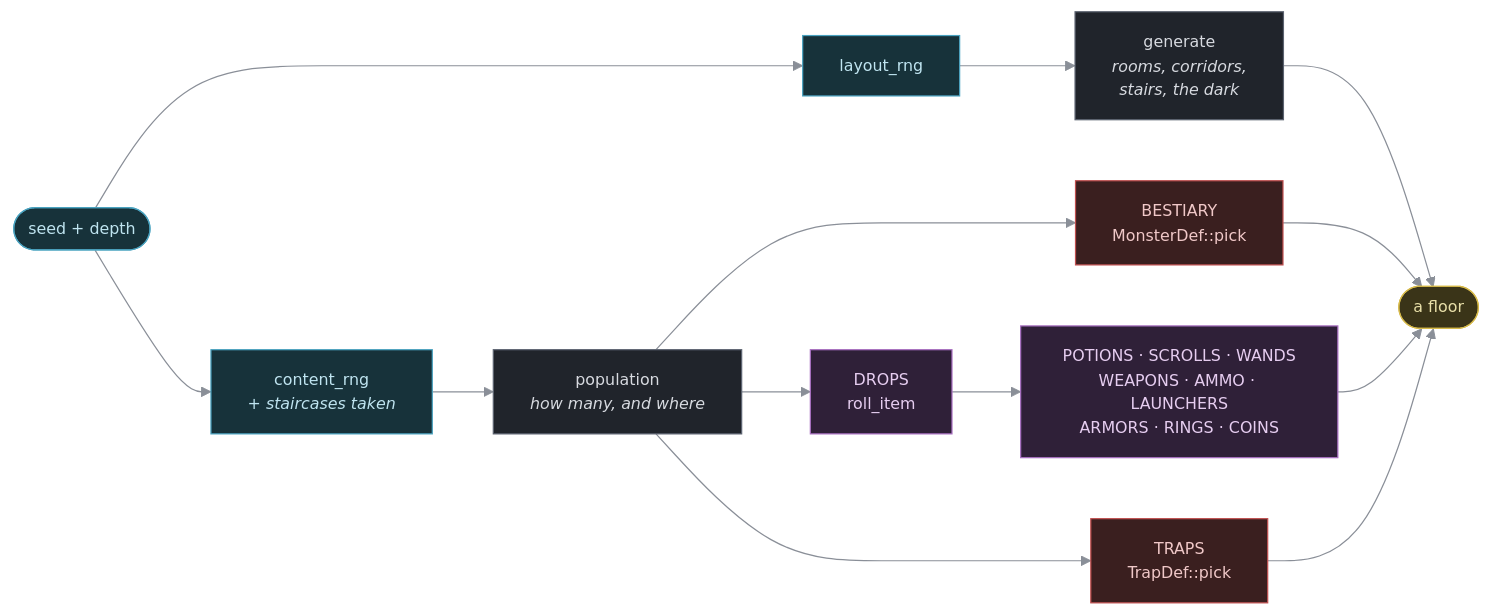
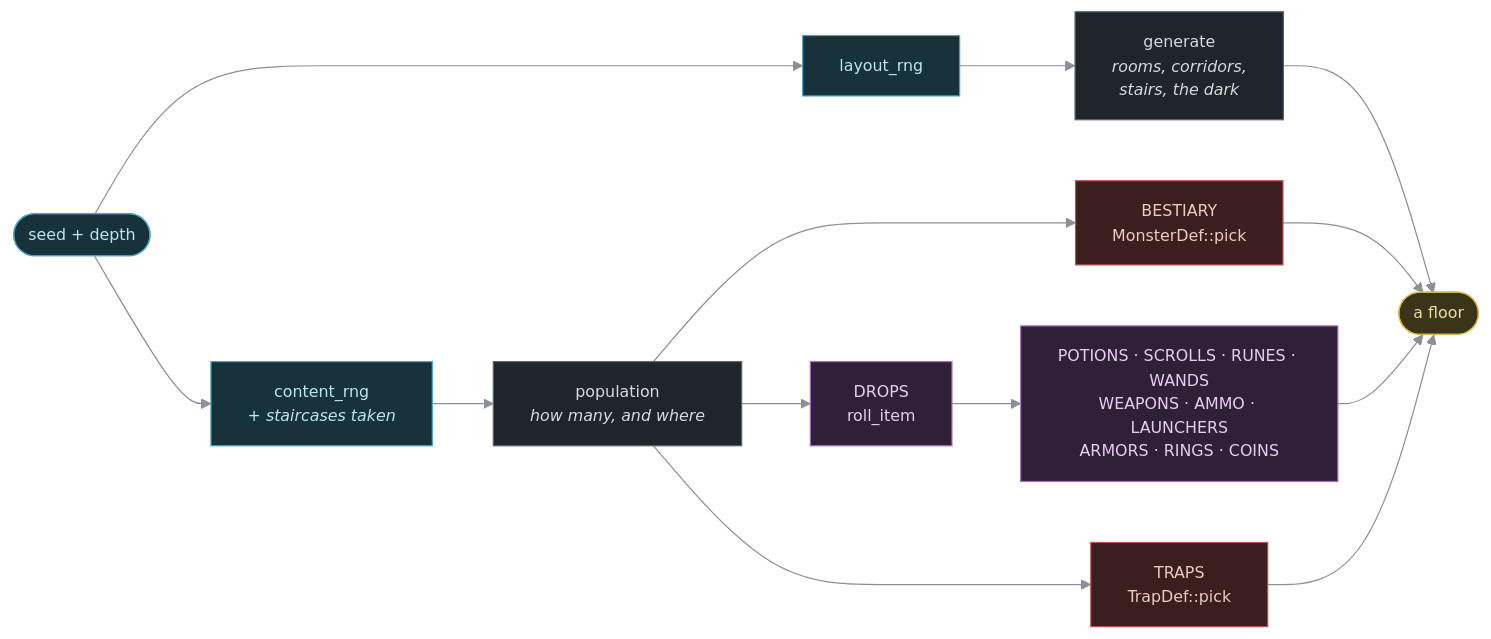
The diagram in docs/reference/content-tables.md (bae-alves/nihilurk), drawn with Mermaid before and after one commit. The commit also changed other lines of this file and 25 other files, not shown here.

````diff
--- a/docs/reference/content-tables.md
+++ b/docs/reference/content-tables.md
@@ -13,24 +13,24 @@
 ```mermaid
 %%{init: {'theme':'base','themeVariables':{
   'primaryColor':'#20242b','primaryTextColor':'#d7dae0',
   'primaryBorderColor':'#5c6370','lineColor':'#8a8f98',
   'fontFamily':'ui-monospace, SFMono-Regular, Menlo, monospace',
   'fontSize':'13px'}}}%%
 flowchart LR
   SEED(["seed + depth"]):::cold --> LAY["layout_rng"]:::cold
   LAY --> GEN["generate<br/><i>rooms, corridors,<br/>stairs, the dark</i>"]
   SEED --> CON["content_rng<br/><i>+ staircases taken</i>"]:::cold
   CON --> POP["population<br/><i>how many, and where</i>"]
   POP --> BEST["BESTIARY<br/>MonsterDef::pick"]:::peril
   POP --> DROPS["DROPS<br/>roll_item"]:::magic
   POP --> TRAPS["TRAPS<br/>TrapDef::pick"]:::peril
-  DROPS --> CAT["POTIONS · SCROLLS · WANDS<br/>WEAPONS · AMMO · LAUNCHERS<br/>ARMORS · RINGS · COINS"]:::magic
+  DROPS --> CAT["POTIONS · SCROLLS · RUNES · WANDS<br/>WEAPONS · AMMO · LAUNCHERS<br/>ARMORS · RINGS · COINS"]:::magic
   GEN --> FLOOR(["a floor"]):::hero
   BEST --> FLOOR
   CAT --> FLOOR
   TRAPS --> FLOOR
   classDef hero fill:#3a3418,stroke:#d7ba4a,color:#e8dfa8
   classDef peril fill:#3a1f1f,stroke:#c05050,color:#f0c8c8
   classDef magic fill:#2f2038,stroke:#a86fc0,color:#e6cdf0
   classDef cold  fill:#17323a,stroke:#4aa3c0,color:#bfe4f0
 ```
````
